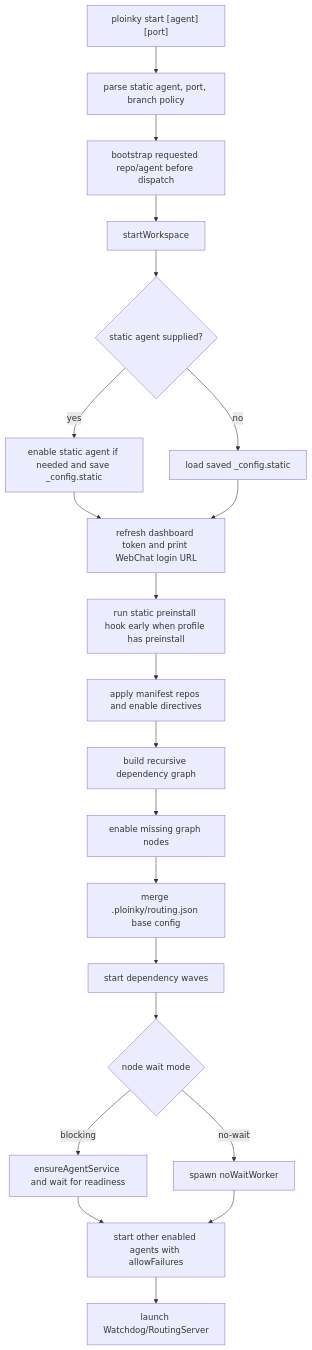
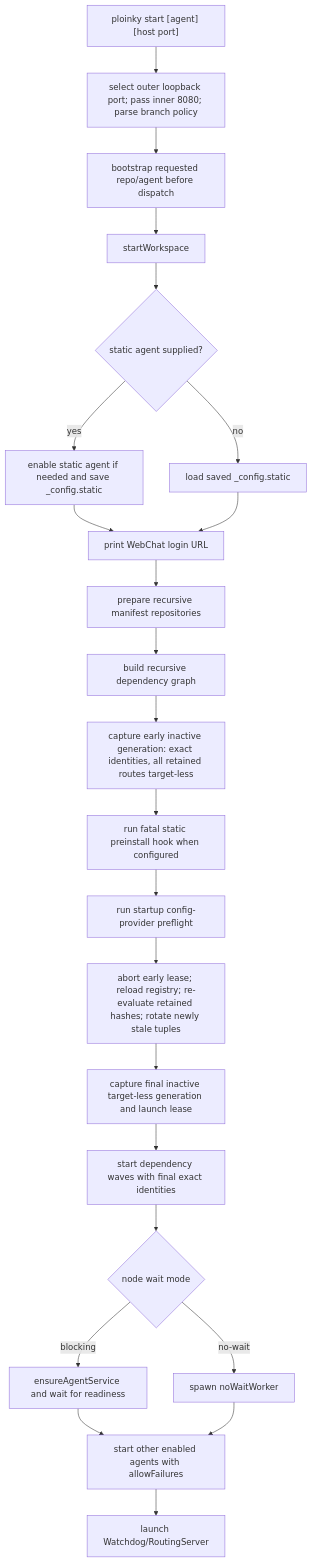
Before and after one commit to AssistOS-AI/ploinky: the second of 5 diagrams in docs/code-derived-agent-lifecycle.md, drawn with Mermaid. The commit also changed other lines of this file and 284 other files, not shown here.

````diff
--- a/docs/code-derived-agent-lifecycle.md
+++ b/docs/code-derived-agent-lifecycle.md
@@ -240,23 +362,25 @@
 ```mermaid
 flowchart TD
-  A["ploinky start [agent] [port]"] --> B["parse static agent, port, branch policy"]
+  A["ploinky start [agent] [host port]"] --> B["select outer loopback port; pass inner 8080; parse branch policy"]
   B --> C["bootstrap requested repo/agent before dispatch"]
   C --> D["startWorkspace"]
   D --> E{"static agent supplied?"}
   E -- yes --> F["enable static agent if needed and save _config.static"]
   E -- no --> G["load saved _config.static"]
-  F --> H["refresh dashboard token and print WebChat login URL"]
+  F --> H["print WebChat login URL"]
   G --> H
-  H --> I["run static preinstall hook early when profile has preinstall"]
-  I --> J["apply manifest repos and enable directives"]
+  H --> J["prepare recursive manifest repositories"]
   J --> K["build recursive dependency graph"]
-  K --> L["enable missing graph nodes"]
-  L --> M["merge .ploinky/routing.json base config"]
-  M --> N["start dependency waves"]
+  K --> EGEN["capture early inactive generation: exact identities, all retained routes target-less"]
+  EGEN --> I["run fatal static preinstall hook when configured"]
+  I --> KP["run startup config-provider preflight"]
+  KP --> RECHECK["abort early lease; reload registry; re-evaluate retained hashes; rotate newly stale tuples"]
+  RECHECK --> M["capture final inactive target-less generation and launch lease"]
+  M --> N["start dependency waves with final exact identities"]
   N --> O{"node wait mode"}
   O -- blocking --> P["ensureAgentService and wait for readiness"]
   O -- no-wait --> Q["spawn noWaitWorker"]
   P --> R["start other enabled agents with allowFailures"]
   Q --> R
   R --> S["launch Watchdog/RoutingServer"]
 ```
````
